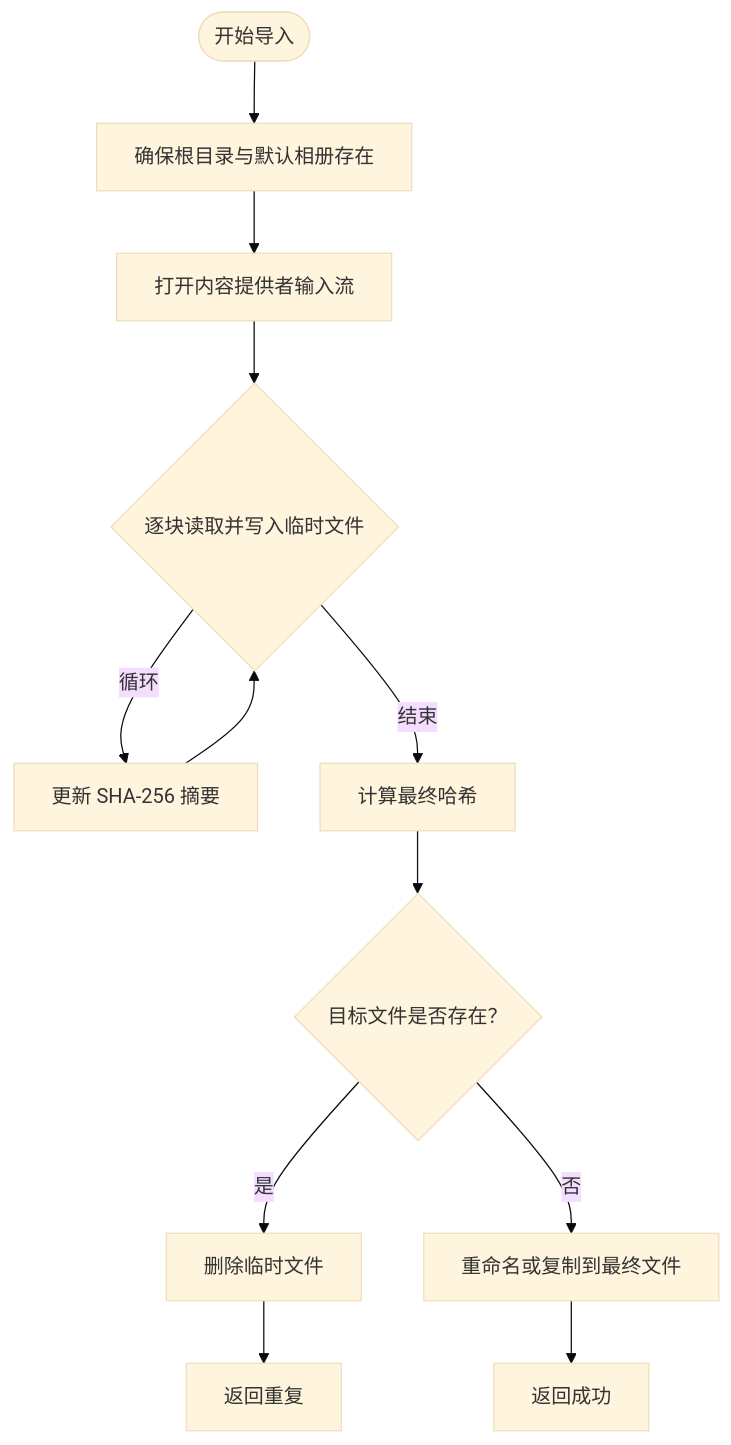
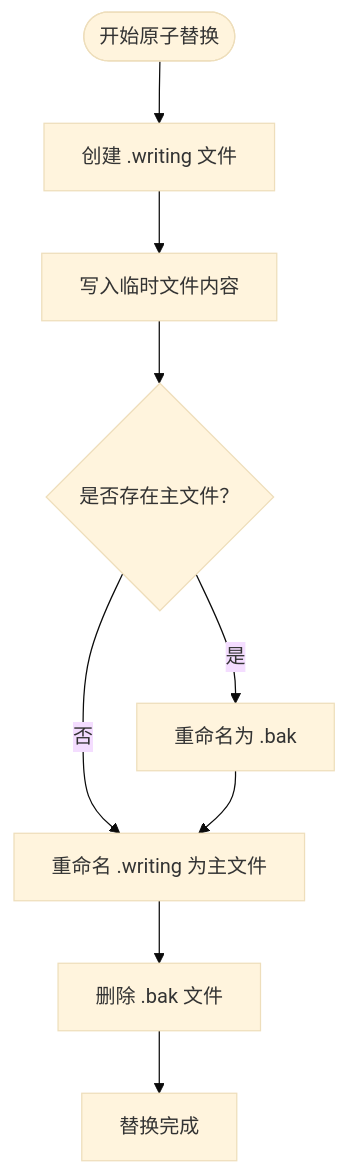
Before and after one commit to wanhongbo/ai-photo-vault: the fifth of 6 diagrams in .qoder/repowiki/zh/content/项目概述/核心功能特性/备份恢复系统.md, drawn with Mermaid (base theme). The commit also changed other lines of this file and 22 other files, not shown here.

````diff
--- a/.qoder/repowiki/zh/content/项目概述/核心功能特性/备份恢复系统.md
+++ b/.qoder/repowiki/zh/content/项目概述/核心功能特性/备份恢复系统.md
@@ -218,13 +262,11 @@
 ```mermaid
 flowchart TD
-Start(["开始导入"]) --> Ensure["确保根目录与默认相册存在"]
-Ensure --> OpenStream["打开内容提供者输入流"]
-OpenStream --> ReadLoop{"逐块读取并写入临时文件"}
-ReadLoop --> |循环| UpdateDigest["更新 SHA-256 摘要"]
-UpdateDigest --> ReadLoop
-ReadLoop --> |结束| ComputeHash["计算最终哈希"]
-ComputeHash --> Exists{"目标文件是否存在？"}
-Exists --> |是| Cleanup["删除临时文件"] --> ReturnDup["返回重复"]
-Exists --> |否| RenameOrCopy["重命名或复制到最终文件"]
-RenameOrCopy --> ReturnOk["返回成功"]
+Start(["开始原子替换"]) --> CreateWriting["创建 .writing 文件"]
+CreateWriting --> WriteTemp["写入临时文件内容"]
+WriteTemp --> HasMain{"是否存在主文件？"}
+HasMain --> |是| RenameToBak["重命名为 .bak"]
+HasMain --> |否| RenameWriting["重命名 .writing 为主文件"]
+RenameToBak --> RenameWriting
+RenameWriting --> DeleteBak["删除 .bak 文件"]
+DeleteBak --> Success["替换完成"]
 ```
````
